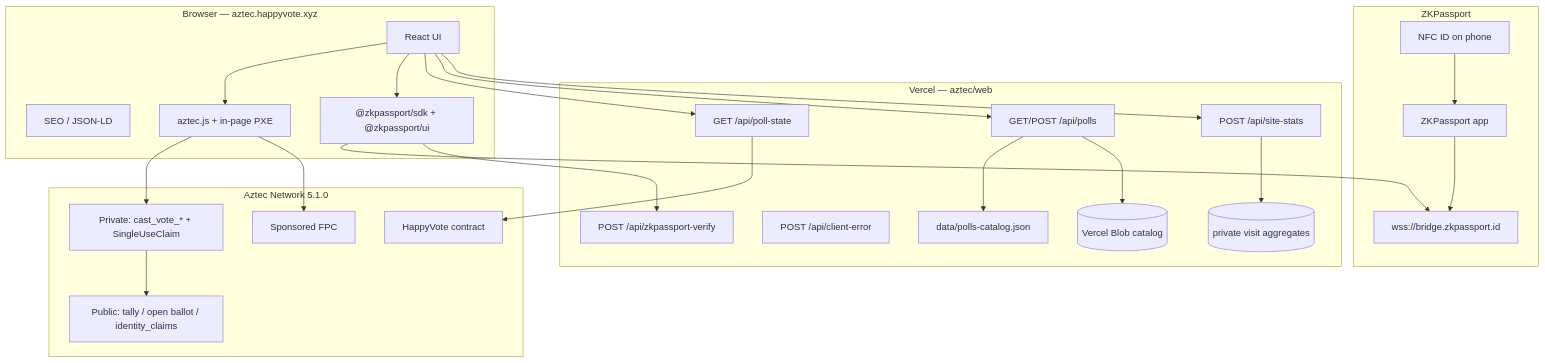
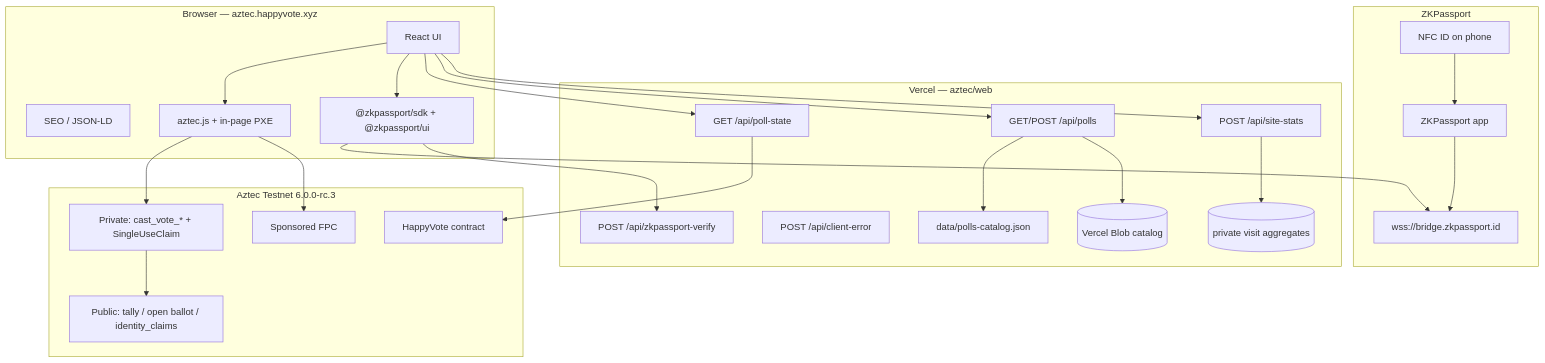
Before and after one commit to pittpv/happy-vote-aztec: the first of 2 diagrams in docs/en/02-ARCHITECTURE.md, drawn with Mermaid. The commit also changed other lines of this file and 69 other files, not shown here.

First line of the commit message:
Publish HappyVote on Aztec Testnet 6.0.0-rc.3.

````diff
--- a/docs/en/02-ARCHITECTURE.md
+++ b/docs/en/02-ARCHITECTURE.md
@@ -7,50 +7,50 @@
 ```mermaid
 flowchart TB
   subgraph Client["Browser — aztec.happyvote.xyz"]
     UI[React UI]
     SEO[SEO / JSON-LD]
     AZJS[aztec.js + in-page PXE]
     ZKP["@zkpassport/sdk + @zkpassport/ui"]
   end
 
   subgraph Edge["Vercel — aztec/web"]
     PollState["GET /api/poll-state"]
     PollsAPI["GET/POST /api/polls"]
     ZkAPI["POST /api/zkpassport-verify"]
     ErrAPI["POST /api/client-error"]
     StatsAPI["POST /api/site-stats"]
     Blob[(Vercel Blob catalog)]
     StatsBlob[(private visit aggregates)]
     Seed[data/polls-catalog.json]
   end
 
   subgraph Identity["ZKPassport"]
     Phone[NFC ID on phone]
     ZKPApp[ZKPassport app]
     Bridge[wss://bridge.zkpassport.id]
   end
 
-  subgraph AztecL2["Aztec Network 5.1.0"]
+  subgraph AztecL2["Aztec Testnet 6.0.0-rc.3"]
     HV[HappyVote contract]
     PrivateExec["Private: cast_vote_* + SingleUseClaim"]
     PublicExec["Public: tally / open ballot / identity_claims"]
     FPC[Sponsored FPC]
   end
 
   UI --> AZJS
   UI --> ZKP
   UI --> PollState
   UI --> PollsAPI
   UI --> StatsAPI
   ZKP --> Bridge
   Phone --> ZKPApp
   ZKPApp --> Bridge
   ZKP --> ZkAPI
   PollsAPI --> Seed
   PollsAPI --> Blob
   StatsAPI --> StatsBlob
   AZJS --> PrivateExec
   PrivateExec --> PublicExec
   AZJS --> FPC
   PollState --> HV
 ```
````
